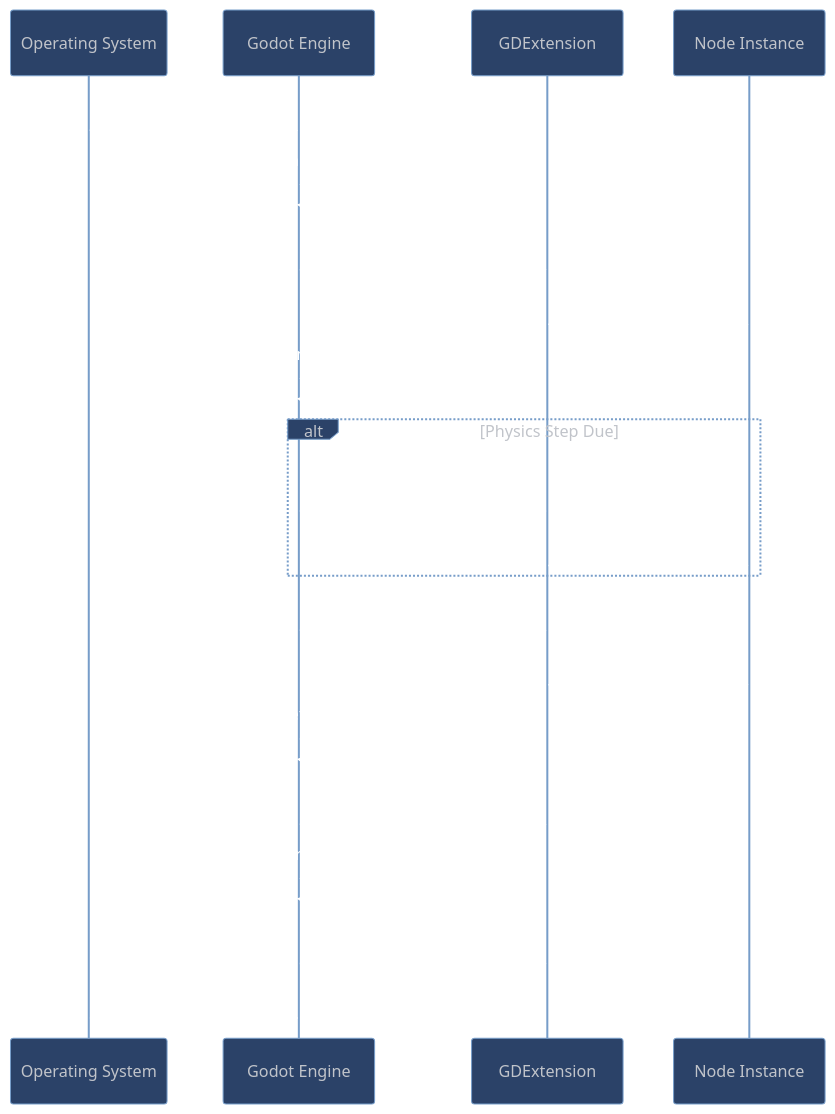
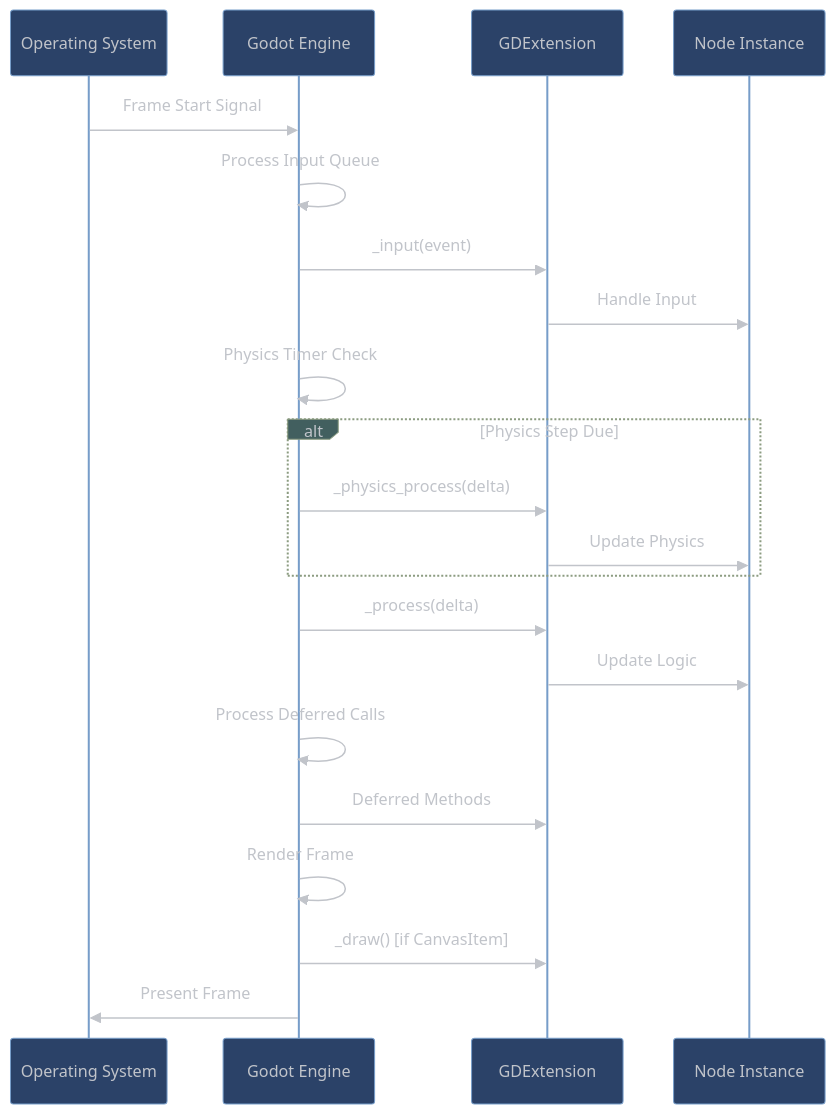
Before and after one commit to vorlac/gdextension-docs: the second of 3 diagrams in docs/engine_integration/game-loop-lifecycle.md, drawn with Mermaid. The commit also changed 16 other files, not shown here.

````diff
--- a/docs/engine_integration/game-loop-lifecycle.md
+++ b/docs/engine_integration/game-loop-lifecycle.md
@@ -126,51 +126,58 @@
 ```mermaid
 ---
 config:
     theme: 'base'
     curve: 'straight'
     themeVariables:
         darkMode: true
         background: '#262B33'
         primaryColor: '#2b4268ff'
-        primaryTextColor: '#FFFFFF'
+        primaryTextColor: '#C1C4CA'
         primaryBorderColor: '#779DC9'
         lineColor: '#C1C4CA'
         actorBkg: '#2b4268ff'
         actorBorder: '#779DC9'
         actorTextColor: '#C1C4CA'
         actorLineColor: '#779DC9'
         activationBorderColor: '#c7ac9bff'
         activationBkgColor: '#7a6253ff'
-        sequenceNumberColor: '#FFFFFF'
+        sequenceNumberColor: '#C1C4CA'
         noteBkgColor: '#3a3f47ff'
         noteTextColor: '#C1C4CA'
         noteBorderColor: '#6a6f77ff'
+        labelBoxBkgColor: '#425f5fff'
+        labelBoxBorderColor: '#8c9c81ff'
+        labelTextColor: '#C1C4CA'
+        loopTextColor: '#C1C4CA'
+        altTextColor: '#C1C4CA'
+        messageBkgColor: '#262B33'
+        messageTextColor: '#C1C4CA'
 ---
 sequenceDiagram
     participant OS as Operating System
     participant Engine as Godot Engine
     participant GDExt as GDExtension
     participant Node as Node Instance
 
     OS->>Engine: Frame Start Signal
     Engine->>Engine: Process Input Queue
     Engine->>GDExt: _input(event)
     GDExt->>Node: Handle Input
 
     Engine->>Engine: Physics Timer Check
     alt Physics Step Due
         Engine->>GDExt: _physics_process(delta)
         GDExt->>Node: Update Physics
     end
 
     Engine->>GDExt: _process(delta)
     GDExt->>Node: Update Logic
 
     Engine->>Engine: Process Deferred Calls
     Engine->>GDExt: Deferred Methods
 
     Engine->>Engine: Render Frame
     Engine->>GDExt: _draw() [if CanvasItem]
 
     Engine->>OS: Present Frame
 ```
````
